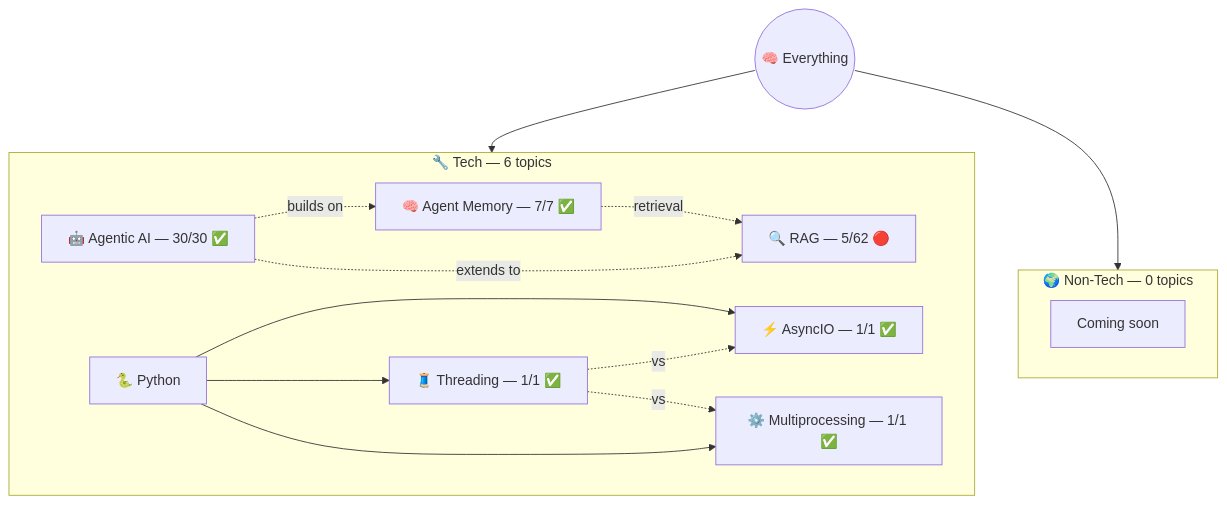
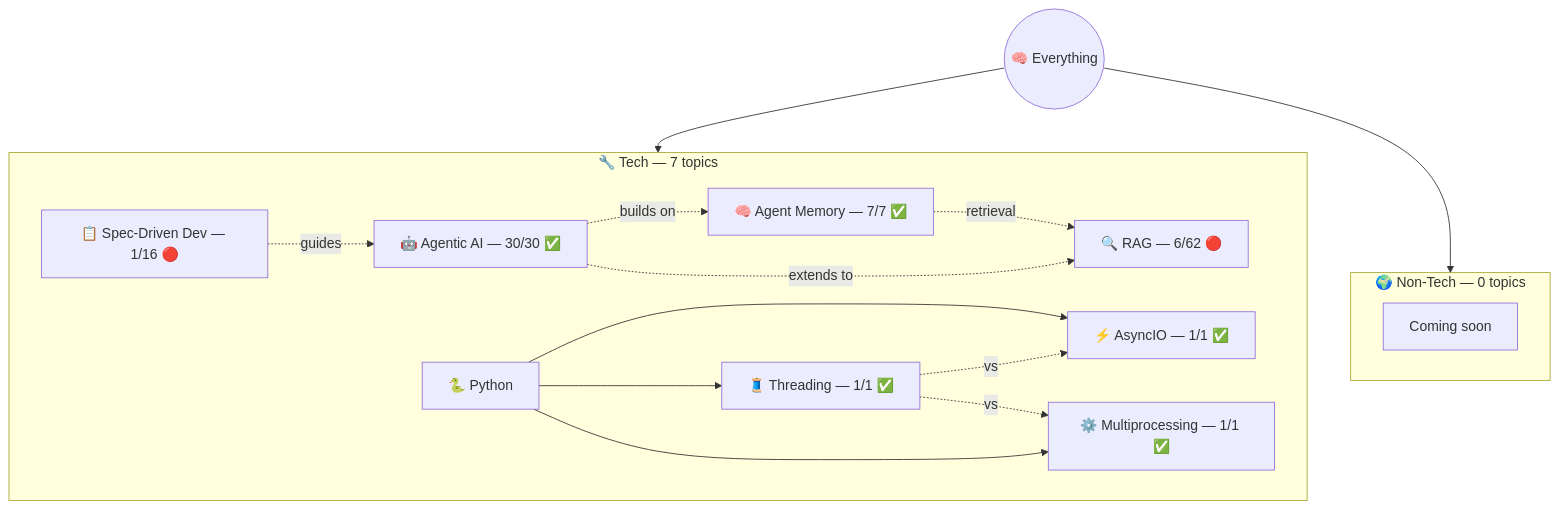
The diagram in _maps/everything.md (AyushSonuu/my-memory), drawn with Mermaid before and after one commit. The commit also changed other lines of this file and 6 other files, not shown here.

Commit message:
🆕 new topic: Spec-Driven Development — L01 Introduction + 10 flashcards

````diff
--- a/_maps/everything.md
+++ b/_maps/everything.md
@@ -5,26 +5,28 @@
 ```mermaid
 graph TB
     ROOT(("🧠 Everything"))
     
-    subgraph TECH ["🔧 Tech — 6 topics"]
+    subgraph TECH ["🔧 Tech — 7 topics"]
         AG["🤖 Agentic AI — 30/30 ✅"]
         AM["🧠 Agent Memory — 7/7 ✅"]
-        RAG["🔍 RAG — 5/62 🔴"]
+        RAG["🔍 RAG — 6/62 🔴"]
+        SDD["📋 Spec-Driven Dev — 1/16 🔴"]
         PY["🐍 Python"]
         PY --> AIO["⚡ AsyncIO — 1/1 ✅"]
         PY --> THR["🧵 Threading — 1/1 ✅"]
         PY --> MP["⚙️ Multiprocessing — 1/1 ✅"]
         AG -.->|"builds on"| AM
         AM -.->|"retrieval"| RAG
         AG -.->|"extends to"| RAG
+        SDD -.->|"guides"| AG
         THR -.->|"vs"| AIO
         THR -.->|"vs"| MP
     end
 
     subgraph NT ["🌍 Non-Tech — 0 topics"]
         NTE["Coming soon"]
     end
 
     ROOT --> TECH
     ROOT --> NT
 ```
````
